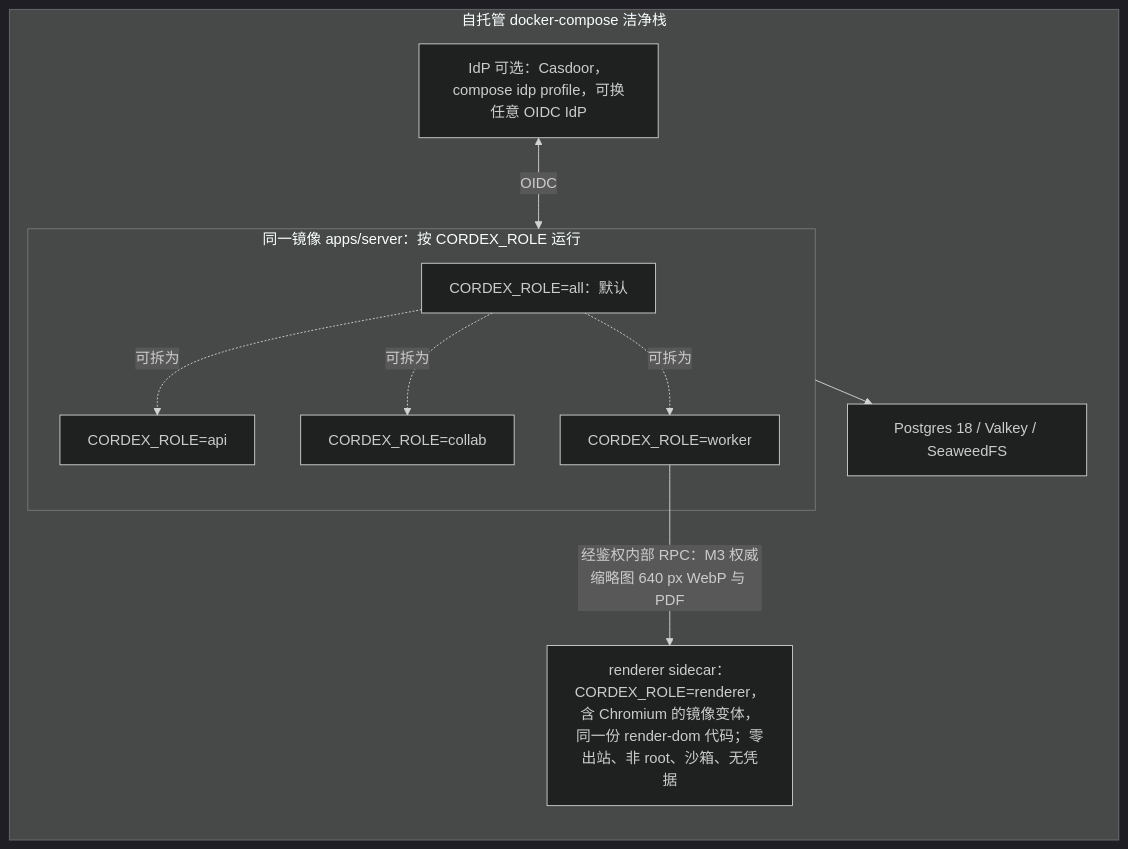
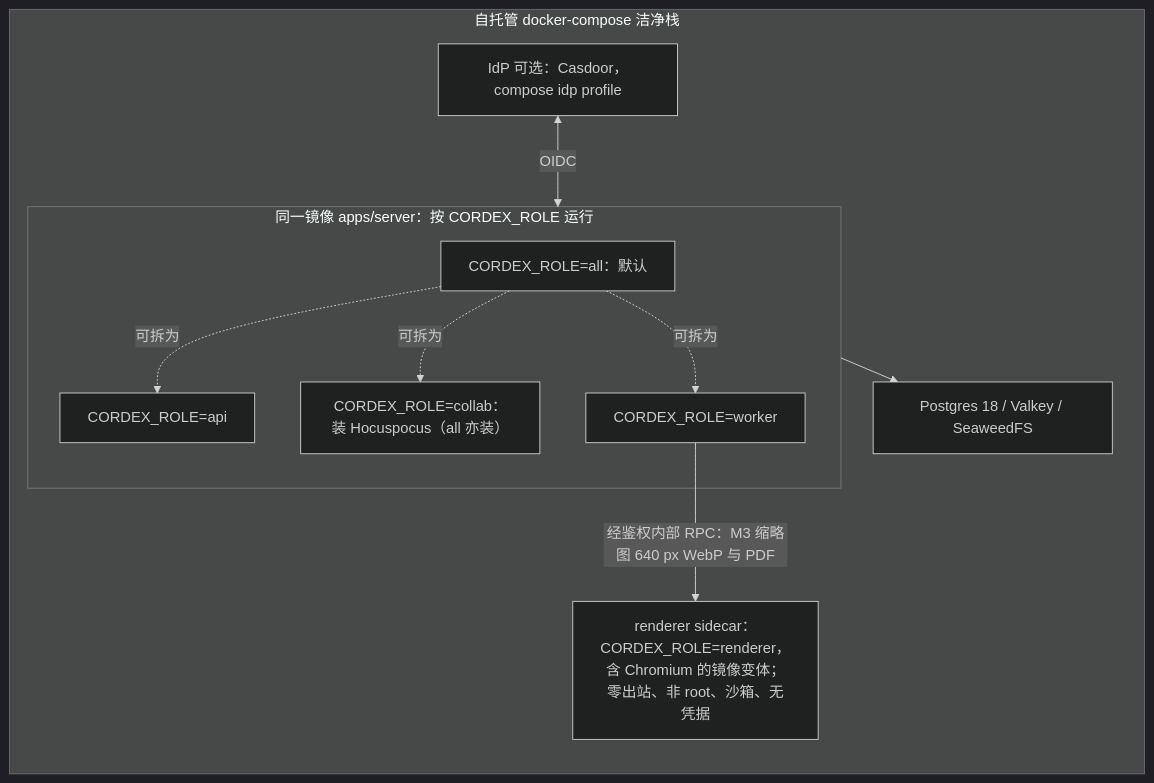
One commit to Xeonice/cordis-ppt-editor changed the fifth of 18 diagrams in docs/30-architecture/01-overview.md. Above: the diagram before and after it, drawn with Mermaid (dark theme). The commit also changed other lines of this file and 78 other files, not shown here.

````diff
--- a/docs/30-architecture/01-overview.md
+++ b/docs/30-architecture/01-overview.md
@@ -124,20 +172,20 @@
 ```mermaid
 flowchart LR
   subgraph compose["自托管 docker-compose 洁净栈"]
     subgraph image["同一镜像 apps/server：按 CORDEX_ROLE 运行"]
       roleAll["CORDEX_ROLE=all：默认"]
       roleApi["CORDEX_ROLE=api"]
-      roleCollab["CORDEX_ROLE=collab"]
+      roleCollab["CORDEX_ROLE=collab：装 Hocuspocus（all 亦装）"]
       roleWorker["CORDEX_ROLE=worker"]
     end
-    renderer["renderer sidecar：CORDEX_ROLE=renderer，含 Chromium 的镜像变体，同一份 render-dom 代码；零出站、非 root、沙箱、无凭据"]
-    idp["IdP 可选：Casdoor，compose idp profile，可换任意 OIDC IdP"]
+    renderer["renderer sidecar：CORDEX_ROLE=renderer，含 Chromium 的镜像变体；零出站、非 root、沙箱、无凭据"]
+    idp["IdP 可选：Casdoor，compose idp profile"]
     stores["Postgres 18 / Valkey / SeaweedFS"]
   end
   roleAll -. "可拆为" .-> roleApi
   roleAll -. "可拆为" .-> roleCollab
   roleAll -. "可拆为" .-> roleWorker
-  roleWorker -- "经鉴权内部 RPC：M3 权威缩略图 640 px WebP 与 PDF" --> renderer
+  roleWorker -- "经鉴权内部 RPC：M3 缩略图 640 px WebP 与 PDF" --> renderer
   idp <-- "OIDC" --> image
   image --> stores
 ```
````
